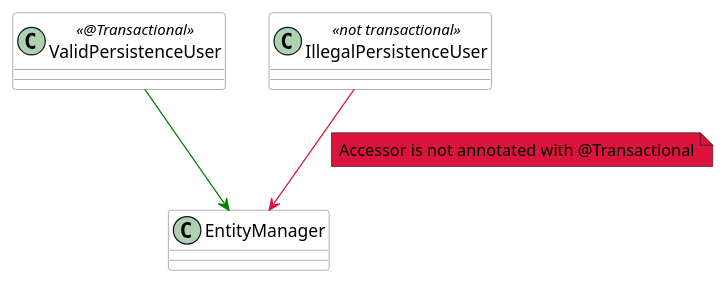
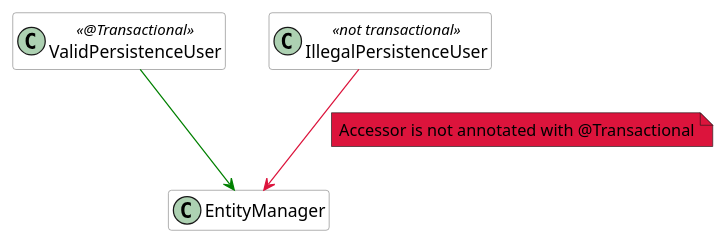
Before and after one commit to TNG/ArchUnit: the seventh of 9 diagrams in userguide/004_What_to_Check.adoc, drawn with PlantUML. The commit also changed other lines of this file and 53 other files, not shown here.

```diff
--- a/userguide/004_What_to_Check.adoc
+++ b/userguide/004_What_to_Check.adoc
@@ -186,24 +200,27 @@
-[plantuml, "inheritance-annotation-check"]
+[plantuml, "inheritance-annotation-check", svg, opts=interactive]
 ----
+@startuml
+hide empty members
 skinparam componentStyle uml2
 
 skinparam component {
   BorderColor #grey
   BackgroundColor #white
 }
 
 skinparam class {
   BorderColor #grey
   BackgroundColor #white
 }
 
 class ValidPersistenceUser <<@Transactional>>
 class IllegalPersistenceUser <<not transactional>>
 
 class EntityManager
 
 ValidPersistenceUser --> EntityManager #green
 IllegalPersistenceUser --> EntityManager #crimson
 
 note right on link #crimson: Accessor is not annotated with @Transactional
+@enduml
 ----
```
